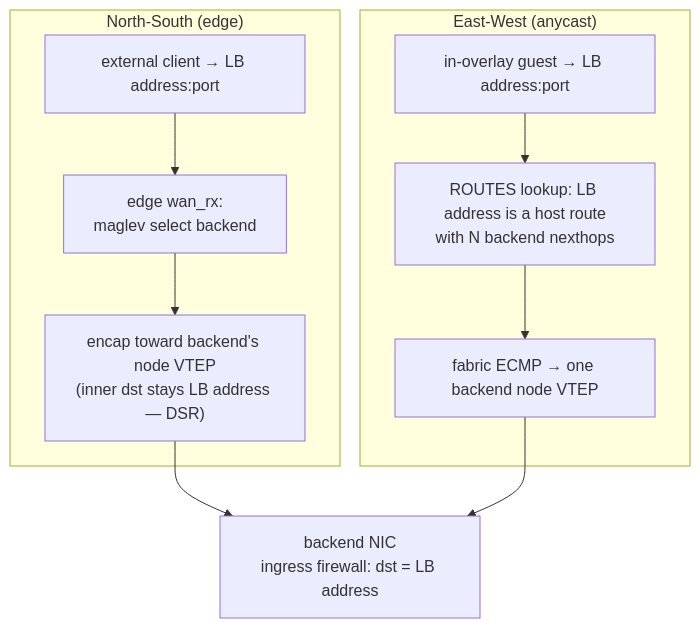
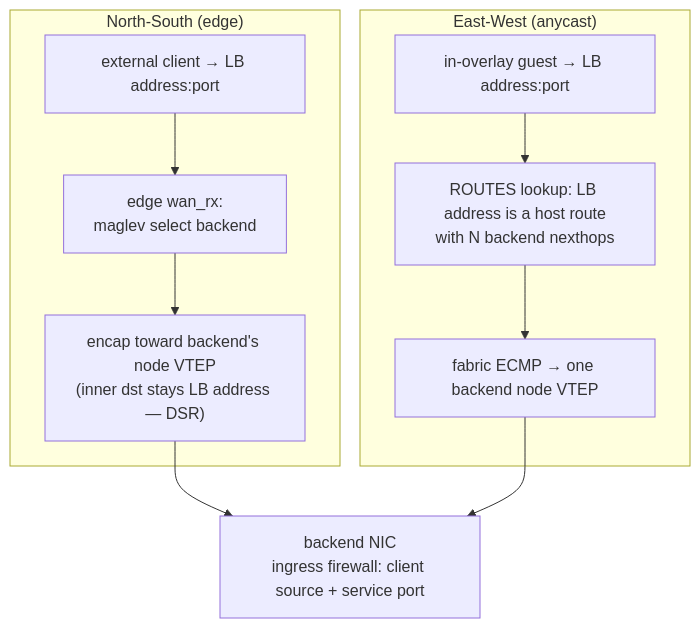
One commit to trevex/ectobase changed the diagram in docs/features/loadbalancer.md. Above: the diagram before and after it, drawn with Mermaid. The commit also changed other lines of this file and 7 other files, not shown here.

````diff
--- a/docs/features/loadbalancer.md
+++ b/docs/features/loadbalancer.md
@@ -39,13 +39,13 @@
 ```mermaid
 flowchart TD
     subgraph ns["North-South (edge)"]
         ext["external client → LB address:port"] --> edge["edge wan_rx:<br/>maglev select backend"]
         edge --> dsr1["encap toward backend's node VTEP<br/>(inner dst stays LB address — DSR)"]
     end
     subgraph ew["East-West (anycast)"]
         guest["in-overlay guest → LB address:port"] --> route["ROUTES lookup: LB address is a host route<br/>with N backend nexthops"]
         route --> ecmp["fabric ECMP → one backend node VTEP"]
     end
-    dsr1 --> be["backend NIC<br/>ingress firewall: dst = LB address"]
+    dsr1 --> be["backend NIC<br/>ingress firewall: client source + service port"]
     ecmp --> be
 ```
````
